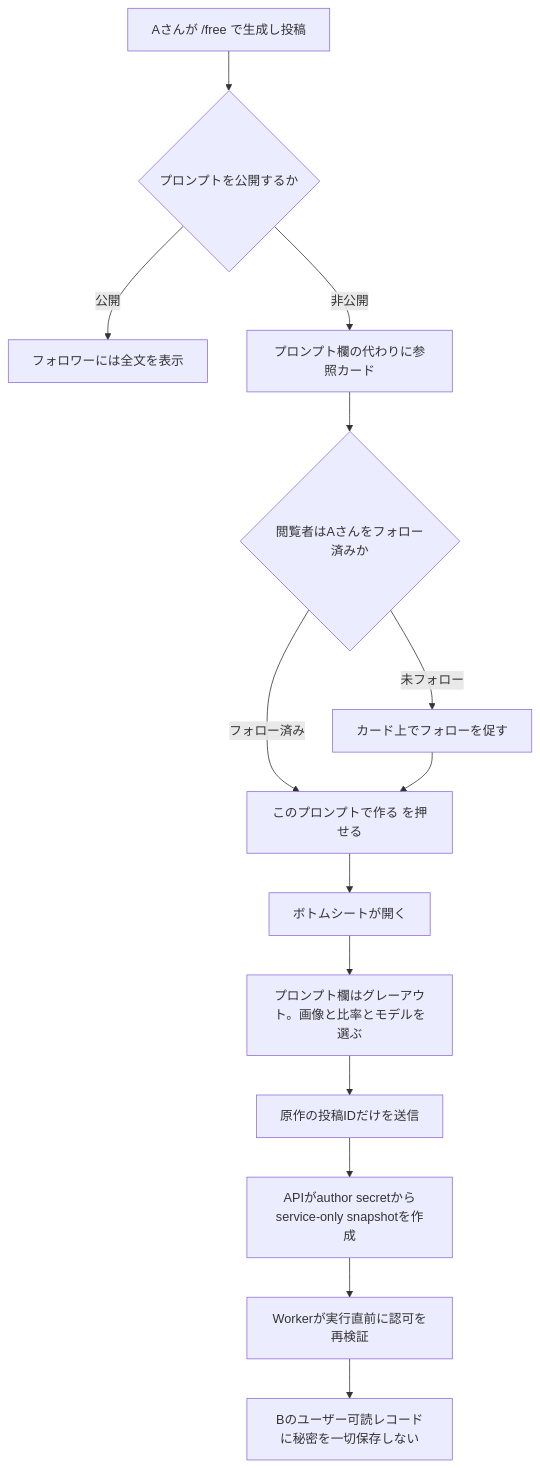
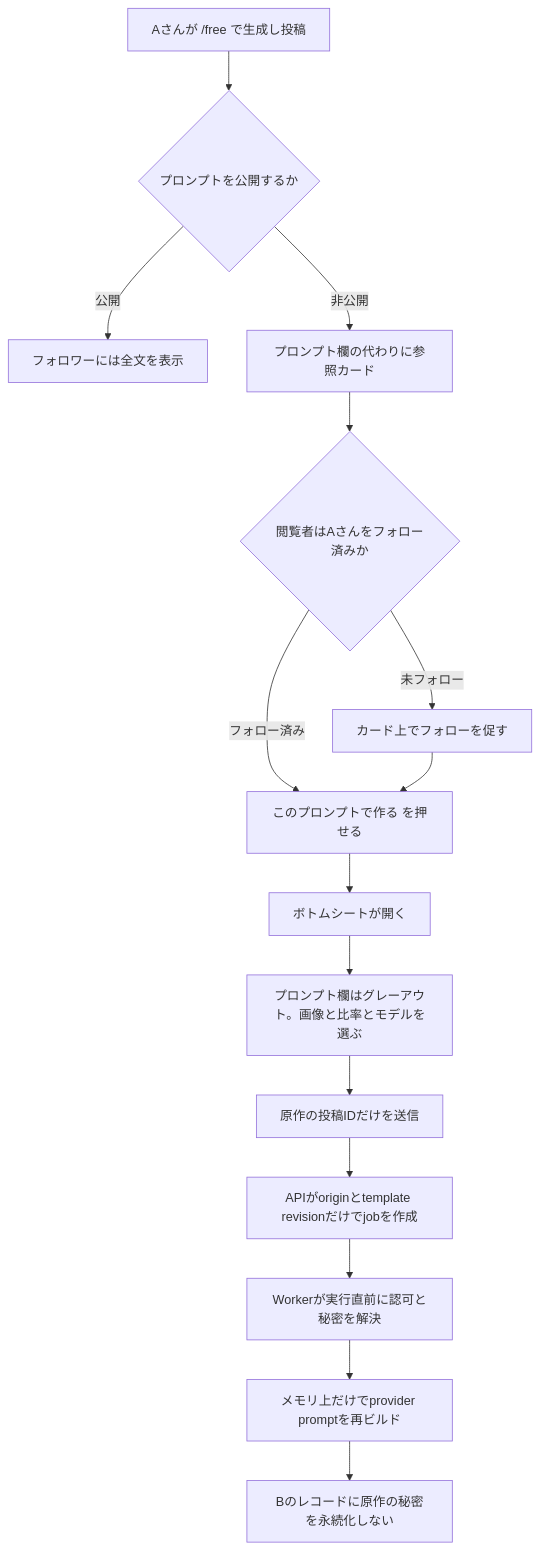
One commit to 3balljugglerYu/ai_coordinate changed the second of 6 diagrams in docs/planning/free-prompt-private-mode-implementation-plan.md. Above: the diagram before and after it, drawn with Mermaid. The commit also changed other lines of this file, not shown here.

````diff
--- a/docs/planning/free-prompt-private-mode-implementation-plan.md
+++ b/docs/planning/free-prompt-private-mode-implementation-plan.md
@@ -216,16 +228,17 @@
 ```mermaid
 flowchart TD
     A["Aさんが /free で生成し投稿"] --> B{"プロンプトを公開するか"}
     B -->|公開| C["フォロワーには全文を表示"]
     B -->|非公開| D["プロンプト欄の代わりに参照カード"]
     D --> E{"閲覧者はAさんをフォロー済みか"}
     E -->|未フォロー| F["カード上でフォローを促す"]
     E -->|フォロー済み| G["このプロンプトで作る を押せる"]
     F --> G
     G --> H["ボトムシートが開く"]
     H --> I["プロンプト欄はグレーアウト。画像と比率とモデルを選ぶ"]
     I --> J["原作の投稿IDだけを送信"]
-    J --> K["APIがauthor secretからservice-only snapshotを作成"]
-    K --> L["Workerが実行直前に認可を再検証"]
-    L --> M["Bのユーザー可読レコードに秘密を一切保存しない"]
+    J --> K["APIがoriginとtemplate revisionだけでjobを作成"]
+    K --> L["Workerが実行直前に認可と秘密を解決"]
+    L --> M["メモリ上だけでprovider promptを再ビルド"]
+    M --> N["Bのレコードに原作の秘密を永続化しない"]
 ```
````
